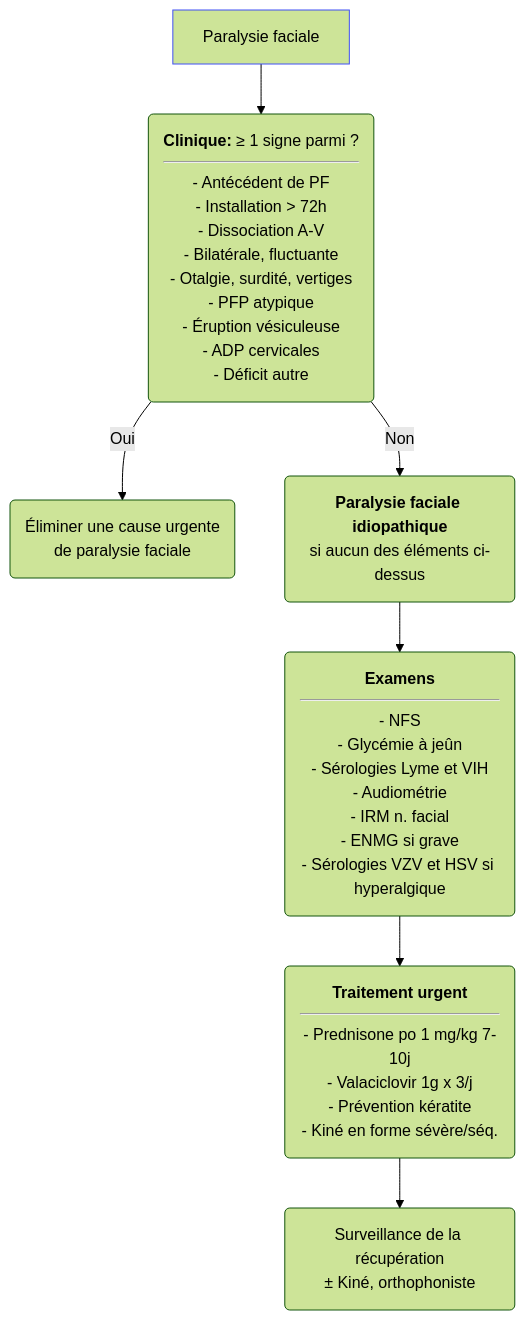
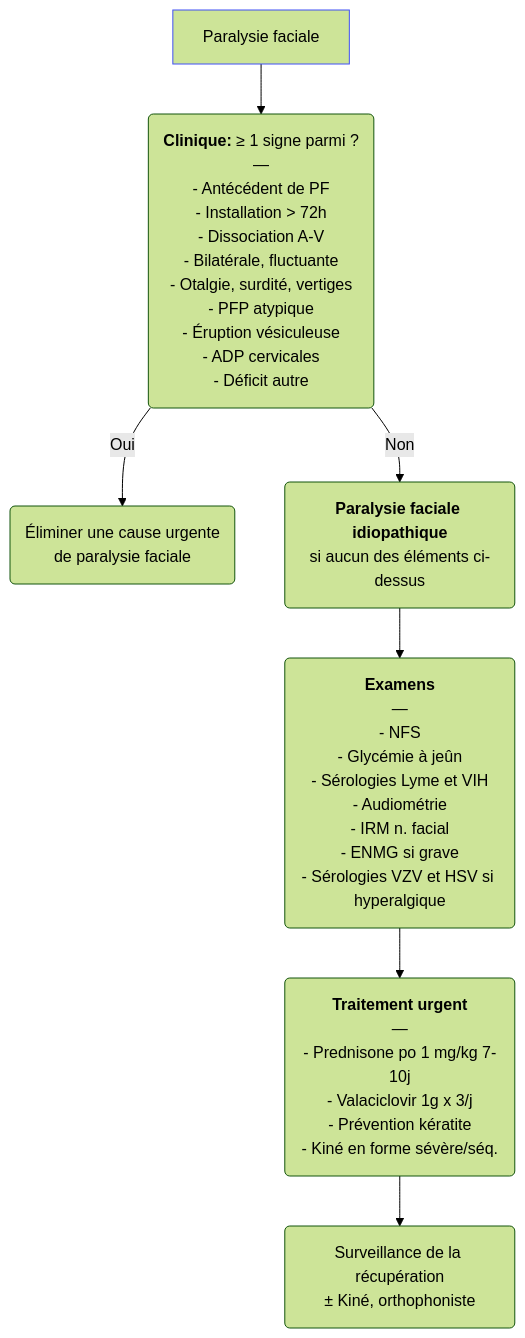
The diagram in content/recommandations/paralysie-faciale-idiopathique.md (djibe/recommandations-medicales), drawn with Mermaid (forest theme) before and after one commit. The commit also changed 51 other files, not shown here.

```diff
--- a/content/recommandations/paralysie-faciale-idiopathique.md
+++ b/content/recommandations/paralysie-faciale-idiopathique.md
@@ -285,10 +285,10 @@
 {{< mermaid title="Conduite à tenir devant une paralysie faciale idiopathique. Dr JB Fron d'après SFORL 2020" >}}
 graph TB
-  PF[Paralysie faciale] --> atypie("<b>Clinique:</b> ≥ 1 signe parmi ?<hr>- Antécédent de PF<br>- Installation &gt; 72h<br>- Dissociation A-V<br>- Bilatérale, fluctuante<br>- Otalgie, surdité, vertiges<br>- PFP atypique<br>- Éruption vésiculeuse<br>- ADP cervicales<br>- Déficit autre")
+  PF[Paralysie faciale] --> atypie("<b>Clinique:</b> ≥ 1 signe parmi ?<br>—<br>- Antécédent de PF<br>- Installation &gt; 72h<br>- Dissociation A-V<br>- Bilatérale, fluctuante<br>- Otalgie, surdité, vertiges<br>- PFP atypique<br>- Éruption vésiculeuse<br>- ADP cervicales<br>- Déficit autre")
   style PF stroke:#4150f5, stroke-width:1px
     atypie -- Oui --> differentiel("Éliminer une cause urgente<br>de paralysie faciale")
     atypie -- Non --> PFI("<b>Paralysie faciale idiopathique</b><br>si aucun des éléments ci-dessus")
-      PFI --> bilan("<b>Examens</b><hr>- NFS<br>- Glycémie à jeûn<br>- Sérologies Lyme et VIH<br>- Audiométrie<br>- IRM n. facial<br>- ENMG si grave<br>- Sérologies VZV et HSV si hyperalgique")
-        bilan --> ttt("<b>Traitement urgent</b><hr>- Prednisone po 1 mg/kg 7-10j<br>- Valaciclovir 1g x 3/j<br>- Prévention kératite<br>- Kiné en forme sévère/séq.")
+      PFI --> bilan("<b>Examens</b><br>—<br>- NFS<br>- Glycémie à jeûn<br>- Sérologies Lyme et VIH<br>- Audiométrie<br>- IRM n. facial<br>- ENMG si grave<br>- Sérologies VZV et HSV si hyperalgique")
+        bilan --> ttt("<b>Traitement urgent</b><br>—<br>- Prednisone po 1 mg/kg 7-10j<br>- Valaciclovir 1g x 3/j<br>- Prévention kératite<br>- Kiné en forme sévère/séq.")
           ttt --> surv("Surveillance de la récupération<br>&plusmn; Kiné, orthophoniste")
 {{< /mermaid >}}
```
